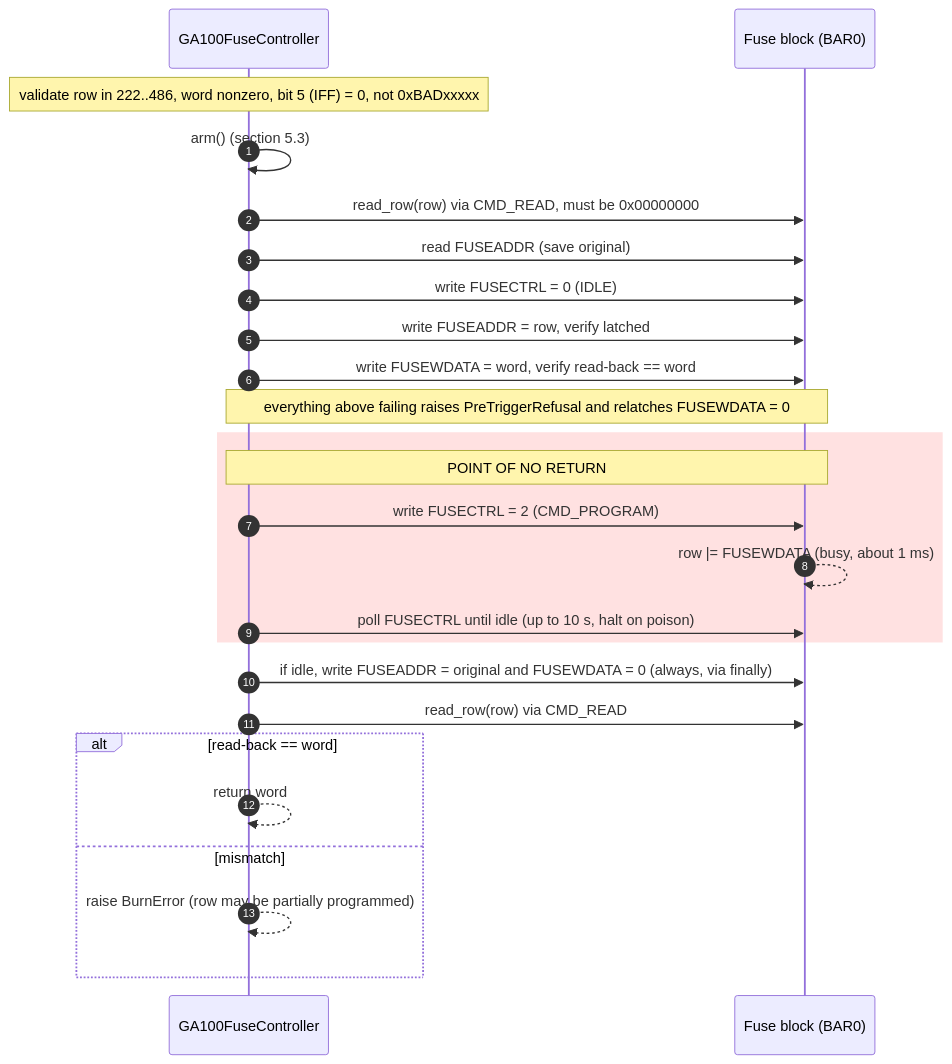
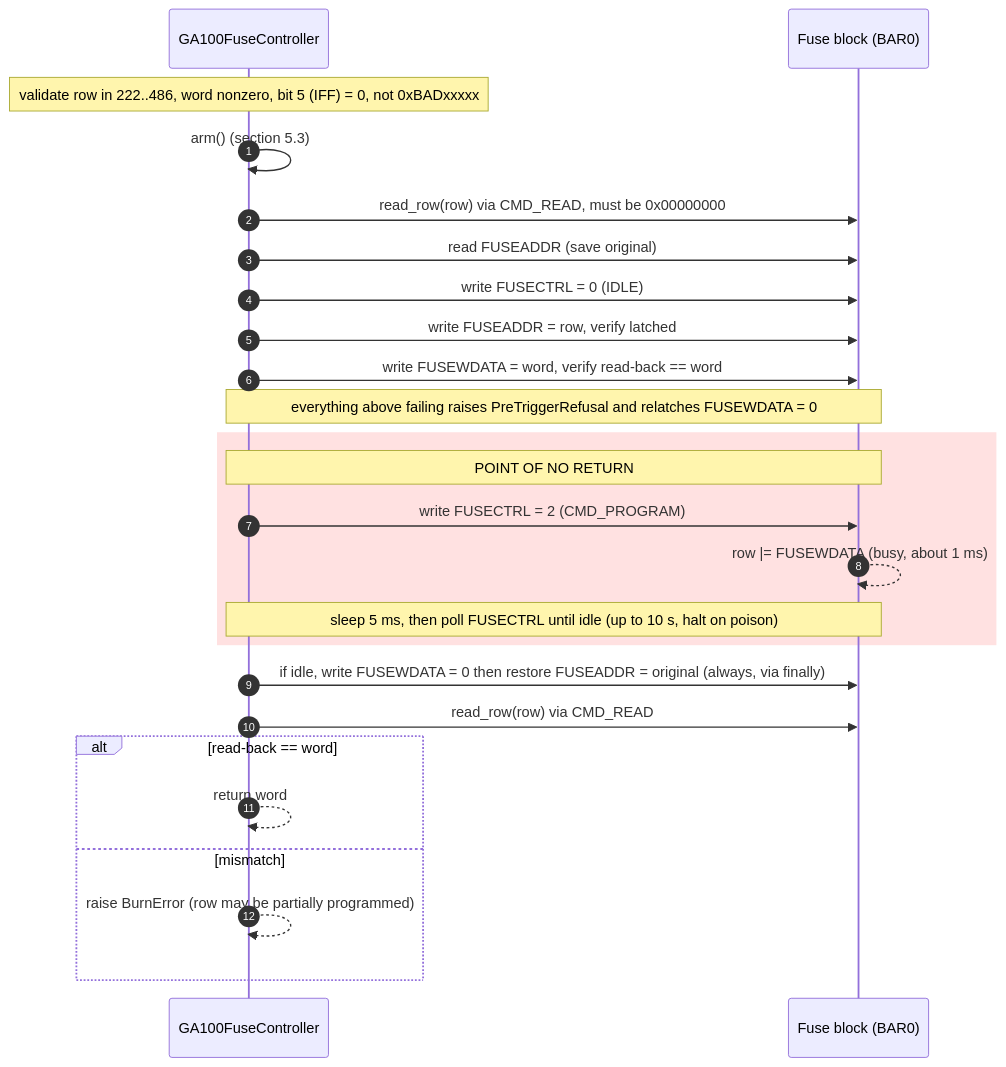
Before and after one commit to scrameta/cmp170hx-burn-tool: the sixth of 8 diagrams in docs/FUSE_CONTROLLER.md, drawn with Mermaid. The commit also changed 2 other files, not shown here.

Commit message:
ga100: wait 5 ms after CMD_PROGRAM before polling and zero FUSEWDATA before restoring FUSEADDR

````diff
--- a/docs/FUSE_CONTROLLER.md
+++ b/docs/FUSE_CONTROLLER.md
@@ -350,28 +350,28 @@
 ```mermaid
 sequenceDiagram
     autonumber
     participant Ctl as GA100FuseController
     participant FUSE as Fuse block (BAR0)
 
     Note over Ctl: validate row in 222..486, word nonzero, bit 5 (IFF) = 0, not 0xBADxxxxx
     Ctl->>Ctl: arm() (section 5.3)
     Ctl->>FUSE: read_row(row) via CMD_READ, must be 0x00000000
     Ctl->>FUSE: read FUSEADDR (save original)
     Ctl->>FUSE: write FUSECTRL = 0 (IDLE)
     Ctl->>FUSE: write FUSEADDR = row, verify latched
     Ctl->>FUSE: write FUSEWDATA = word, verify read-back == word
     Note over Ctl,FUSE: everything above failing raises PreTriggerRefusal and relatches FUSEWDATA = 0
     rect rgb(255, 225, 225)
         Note over Ctl,FUSE: POINT OF NO RETURN
         Ctl->>FUSE: write FUSECTRL = 2 (CMD_PROGRAM)
         FUSE-->>FUSE: row |= FUSEWDATA (busy, about 1 ms)
-        Ctl->>FUSE: poll FUSECTRL until idle (up to 10 s, halt on poison)
+        Note over Ctl,FUSE: sleep 5 ms, then poll FUSECTRL until idle (up to 10 s, halt on poison)
     end
-    Ctl->>FUSE: if idle, write FUSEADDR = original and FUSEWDATA = 0 (always, via finally)
+    Ctl->>FUSE: if idle, write FUSEWDATA = 0 then restore FUSEADDR = original (always, via finally)
     Ctl->>FUSE: read_row(row) via CMD_READ
     alt read-back == word
         Ctl-->>Ctl: return word
     else mismatch
         Ctl-->>Ctl: raise BurnError (row may be partially programmed)
     end
 ```
````
